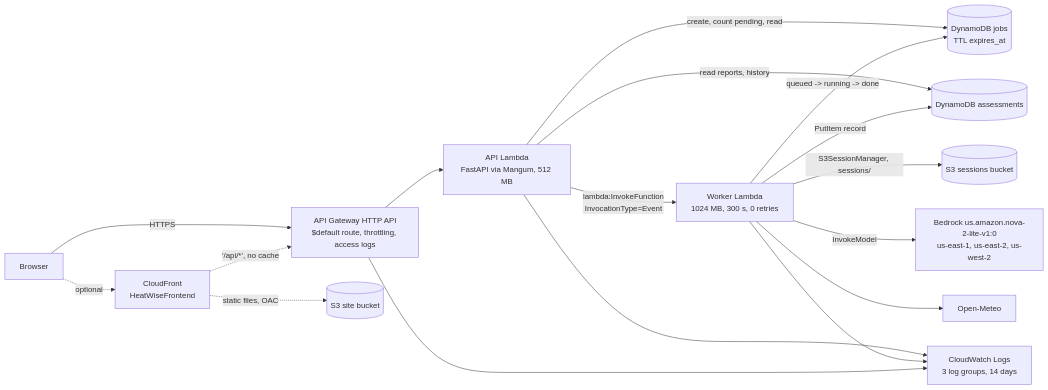
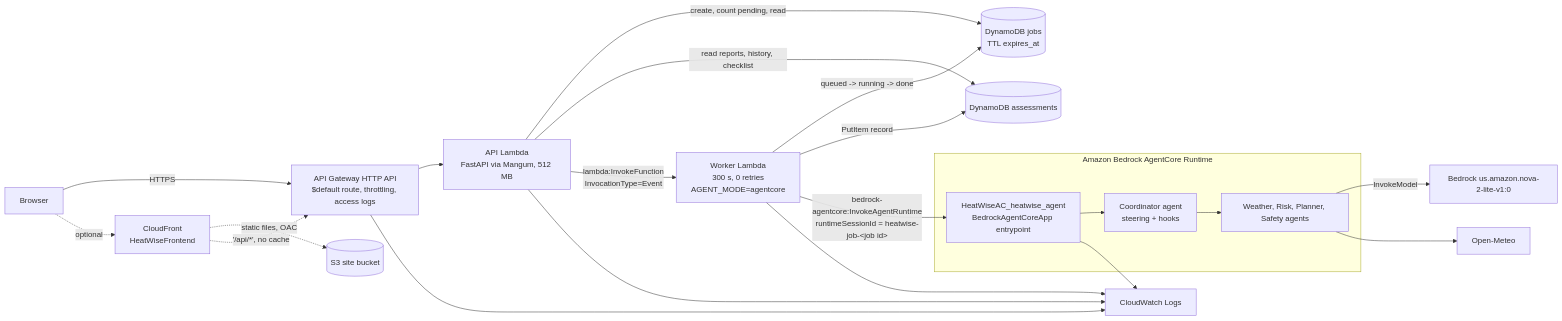
The second of 3 diagrams in heatwise-ai/docs/architecture.md (dineshrajdhanapathyDD/HeatWise-AI), drawn with Mermaid before and after one commit. The commit also changed other lines of this file and 80 other files, not shown here.

Commit message:
Move specs into heatwise-ai, untrack local folders, add Amplify build spec and AgentCore client

````diff
--- a/heatwise-ai/docs/architecture.md
+++ b/heatwise-ai/docs/architecture.md
@@ -41,17 +44,22 @@
 ```mermaid
 flowchart LR
   UI[Browser] -->|HTTPS| HTTPAPI[API Gateway HTTP API<br/>$default route, throttling, access logs]
   UI -.optional.-> CF[CloudFront<br/>HeatWiseFrontend]
   CF -.static files, OAC.-> SITE[(S3 site bucket)]
   CF -.'/api/*', no cache.-> HTTPAPI
   HTTPAPI --> APIFN[API Lambda<br/>FastAPI via Mangum, 512 MB]
   APIFN -->|create, count pending, read| JOBS[(DynamoDB jobs<br/>TTL expires_at)]
-  APIFN -->|read reports, history| ASSESS[(DynamoDB assessments)]
-  APIFN -->|lambda:InvokeFunction<br/>InvocationType=Event| WORKER[Worker Lambda<br/>1024 MB, 300 s, 0 retries]
+  APIFN -->|read reports, history, checklist| ASSESS[(DynamoDB assessments)]
+  APIFN -->|lambda:InvokeFunction<br/>InvocationType=Event| WORKER[Worker Lambda<br/>300 s, 0 retries<br/>AGENT_MODE=agentcore]
   WORKER -->|queued -> running -> done| JOBS
   WORKER -->|PutItem record| ASSESS
-  WORKER -->|S3SessionManager, sessions/| SESS[(S3 sessions bucket)]
-  WORKER -->|InvokeModel| BR[Bedrock us.amazon.nova-2-lite-v1:0<br/>us-east-1, us-east-2, us-west-2]
-  WORKER --> OM[Open-Meteo]
-  APIFN & WORKER & HTTPAPI --> CW[CloudWatch Logs<br/>3 log groups, 14 days]
+  WORKER -->|bedrock-agentcore:InvokeAgentRuntime<br/>runtimeSessionId = heatwise-job-&lt;job id&gt;| RT
+  subgraph AC[Amazon Bedrock AgentCore Runtime]
+    RT[HeatWiseAC_heatwise_agent<br/>BedrockAgentCoreApp entrypoint]
+    RT --> COORD[Coordinator agent<br/>steering + hooks]
+    COORD --> SPEC[Weather, Risk, Planner, Safety agents]
+  end
+  SPEC -->|InvokeModel| BR[Bedrock us.amazon.nova-2-lite-v1:0]
+  SPEC --> OM[Open-Meteo]
+  APIFN & WORKER & HTTPAPI & RT --> CW[CloudWatch Logs]
 ```
````
